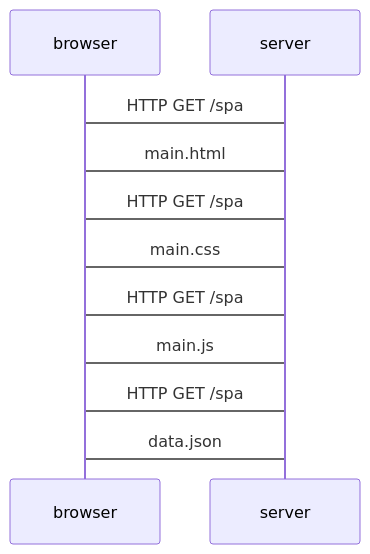
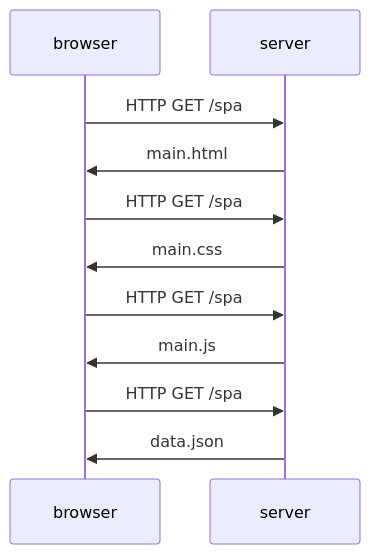
The diagram in Part_0/0.5_palautus.mmd (satamoanton/Full_stack_palautukset), drawn with Mermaid before and after one commit. The commit also changed 1 other file, not shown here.

```diff
--- a/Part_0/0.5_palautus.mmd
+++ b/Part_0/0.5_palautus.mmd
@@ -1,13 +1,13 @@
 
 sequenceDiagram
     participant browser
     participant server
 
-    browser->server: HTTP GET /spa
-    server->browser: main.html
-    browser->server: HTTP GET /spa
-    server->browser: main.css
-    browser->server: HTTP GET /spa
-    server->browser: main.js
-    browser->server: HTTP GET /spa
-    server->browser: data.json
+    browser->>server: HTTP GET /spa
+    server->>browser: main.html
+    browser->>server: HTTP GET /spa
+    server->>browser: main.css
+    browser->>server: HTTP GET /spa
+    server->>browser: main.js
+    browser->>server: HTTP GET /spa
+    server->>browser: data.json
```
